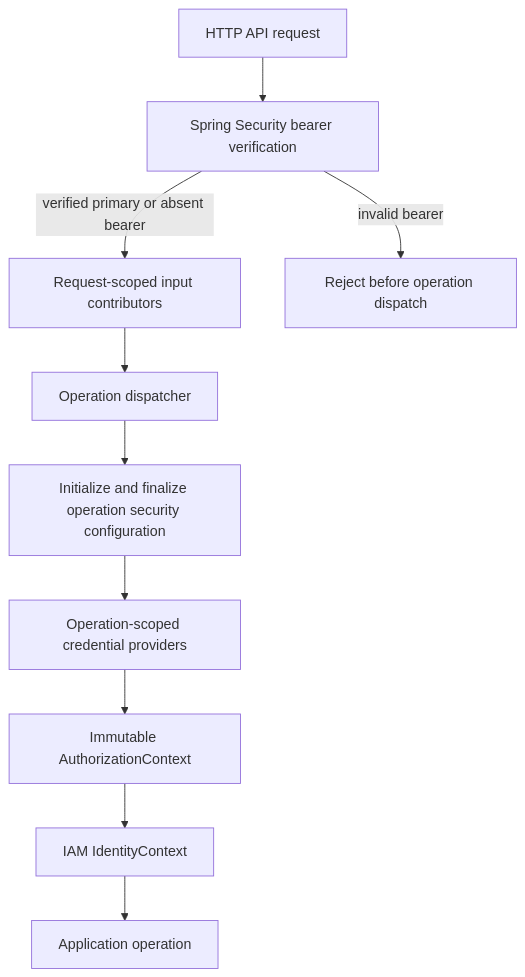
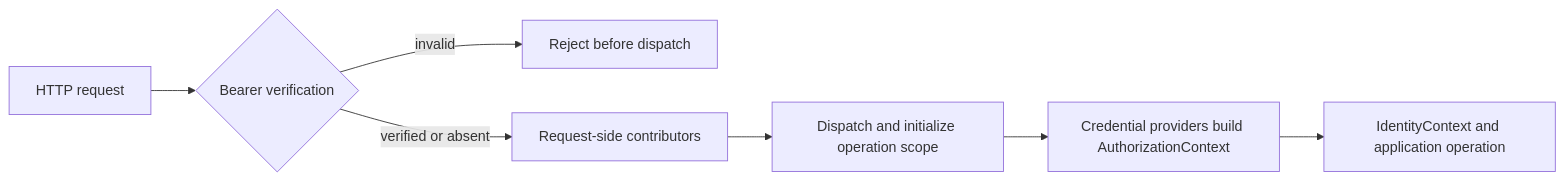
The second of 2 diagrams in docs/architecture/authorization.md (frederik-hoeft/min-favs-sharewise), drawn with Mermaid before and after one commit. The commit also changed other lines of this file and 1 other file, not shown here.

Commit message:
P2.1.0-E: Improve authorization and DI architecture docs cohesion

````diff
--- a/docs/architecture/authorization.md
+++ b/docs/architecture/authorization.md
@@ -73,12 +66,9 @@
 ```mermaid
-flowchart TB
-    Request["HTTP API request"] --> Verify["Spring Security bearer verification"]
-    Verify -->|"verified primary or absent bearer"| Contributors["Request-scoped input contributors"]
-    Verify -->|"invalid bearer"| Rejected["Reject before operation dispatch"]
-    Contributors --> Dispatcher["Operation dispatcher"]
-    Dispatcher --> Config["Initialize and finalize operation security configuration"]
-    Config --> Providers["Operation-scoped credential providers"]
-    Providers --> Evidence["Immutable AuthorizationContext"]
-    Evidence --> Identity["IAM IdentityContext"]
-    Identity --> Service["Application operation"]
+flowchart LR
+    Request["HTTP request"] --> Verify{"Bearer verification"}
+    Verify -->|"invalid"| Reject["Reject before dispatch"]
+    Verify -->|"verified or absent"| Inputs["Request-side contributors"]
+    Inputs --> Dispatch["Dispatch and initialize operation scope"]
+    Dispatch --> Evidence["Credential providers build AuthorizationContext"]
+    Evidence --> Identity["IdentityContext and application operation"]
 ```
````
